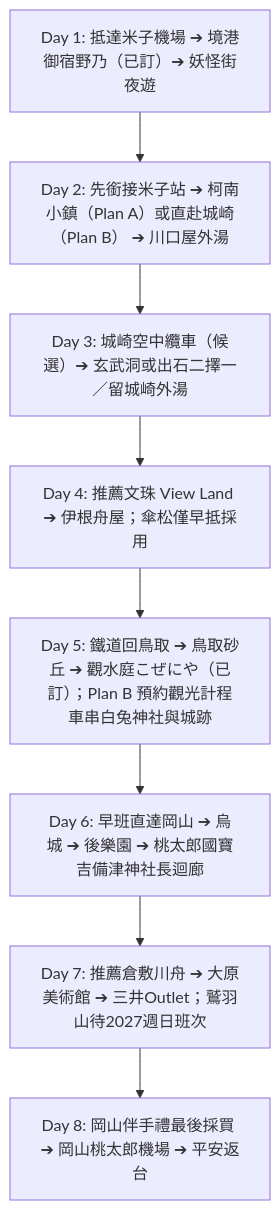
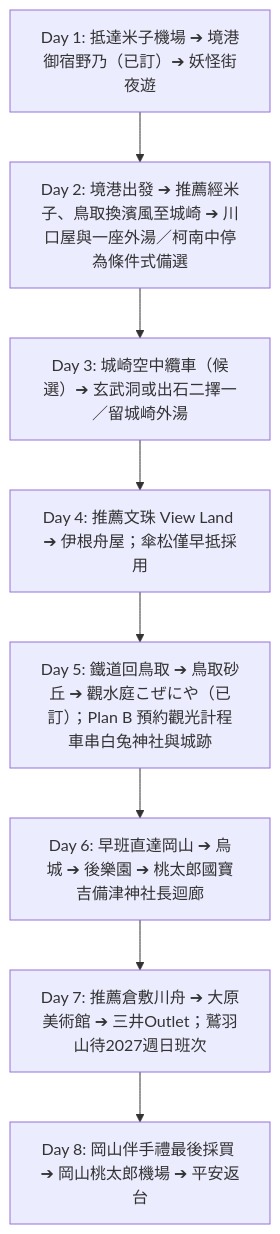
The diagram in README.md (iamkeith001/sanin-trip-2027), drawn with Mermaid before and after one commit. The commit also changed other lines of this file and 4 other files, not shown here.

````diff
--- a/README.md
+++ b/README.md
@@ -38,10 +38,10 @@
 ```mermaid
 graph TD
-    Day1[Day 1: 抵達米子機場 ➔ 境港御宿野乃（已訂）➔ 妖怪街夜遊] --> Day2[Day 2: 先銜接米子站 ➔ 柯南小鎮（Plan A）或直赴城崎（Plan B） ➔ 川口屋外湯]
+    Day1[Day 1: 抵達米子機場 ➔ 境港御宿野乃（已訂）➔ 妖怪街夜遊] --> Day2[Day 2: 境港出發 ➔ 推薦經米子、鳥取換濱風至城崎 ➔ 川口屋與一座外湯／柯南中停為條件式備選]
     Day2 --> Day3[Day 3: 城崎空中纜車（候選）➔ 玄武洞或出石二擇一／留城崎外湯]
     Day3 --> Day4[Day 4: 推薦文珠 View Land ➔ 伊根舟屋；傘松僅早抵採用]
     Day4 --> Day5[Day 5: 鐵道回鳥取 ➔ 鳥取砂丘 ➔ 觀水庭こぜにや（已訂）；Plan B 預約觀光計程車串白兔神社與城跡]
     Day5 --> Day6[Day 6: 早班直達岡山 ➔ 烏城 ➔ 後樂園 ➔ 桃太郎國寶吉備津神社長迴廊]
     Day6 --> Day7[Day 7: 推薦倉敷川舟 ➔ 大原美術館 ➔ 三井Outlet；鷲羽山待2027週日班次]
     Day7 --> Day8[Day 8: 岡山伴手禮最後採買 ➔ 岡山桃太郎機場 ➔ 平安返台]
 ```
````
